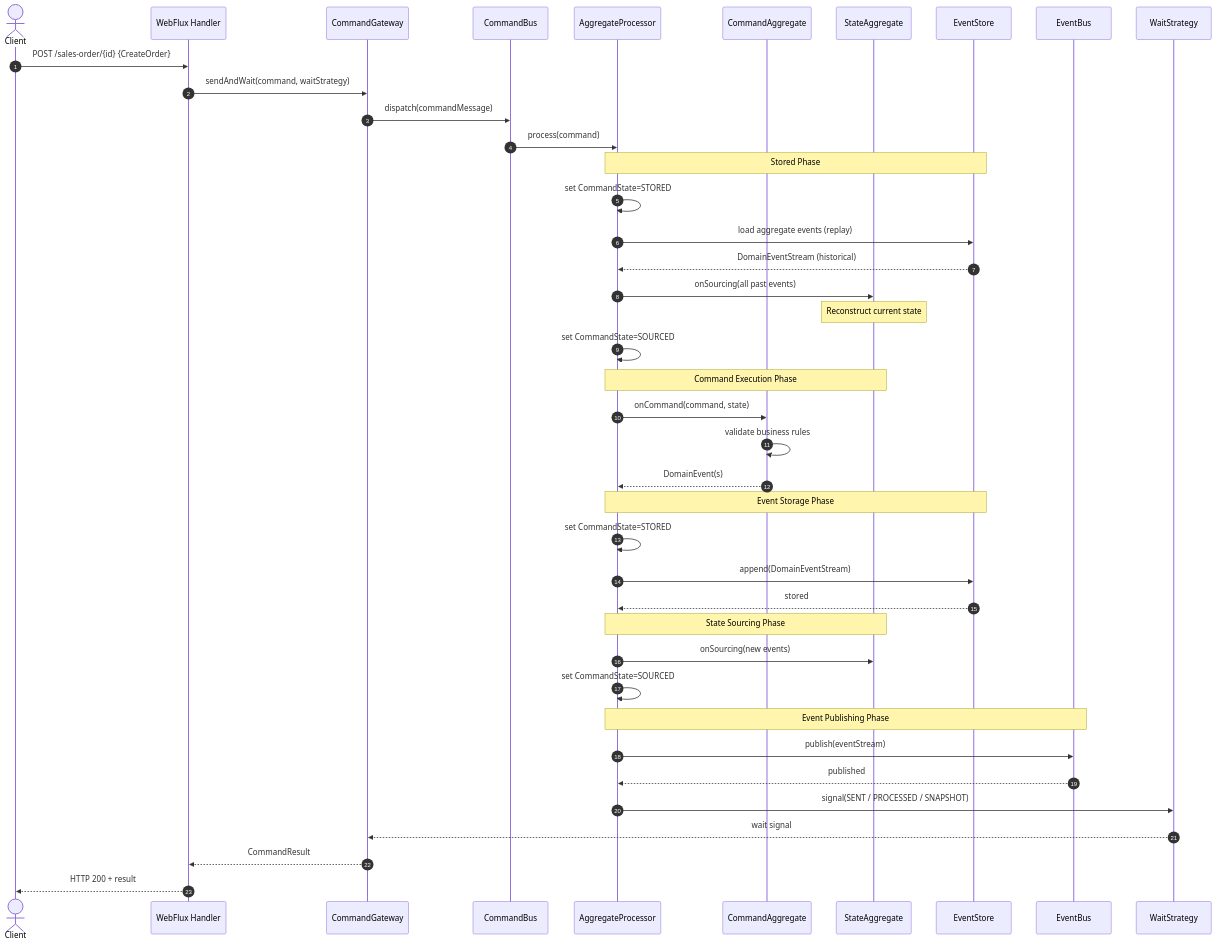
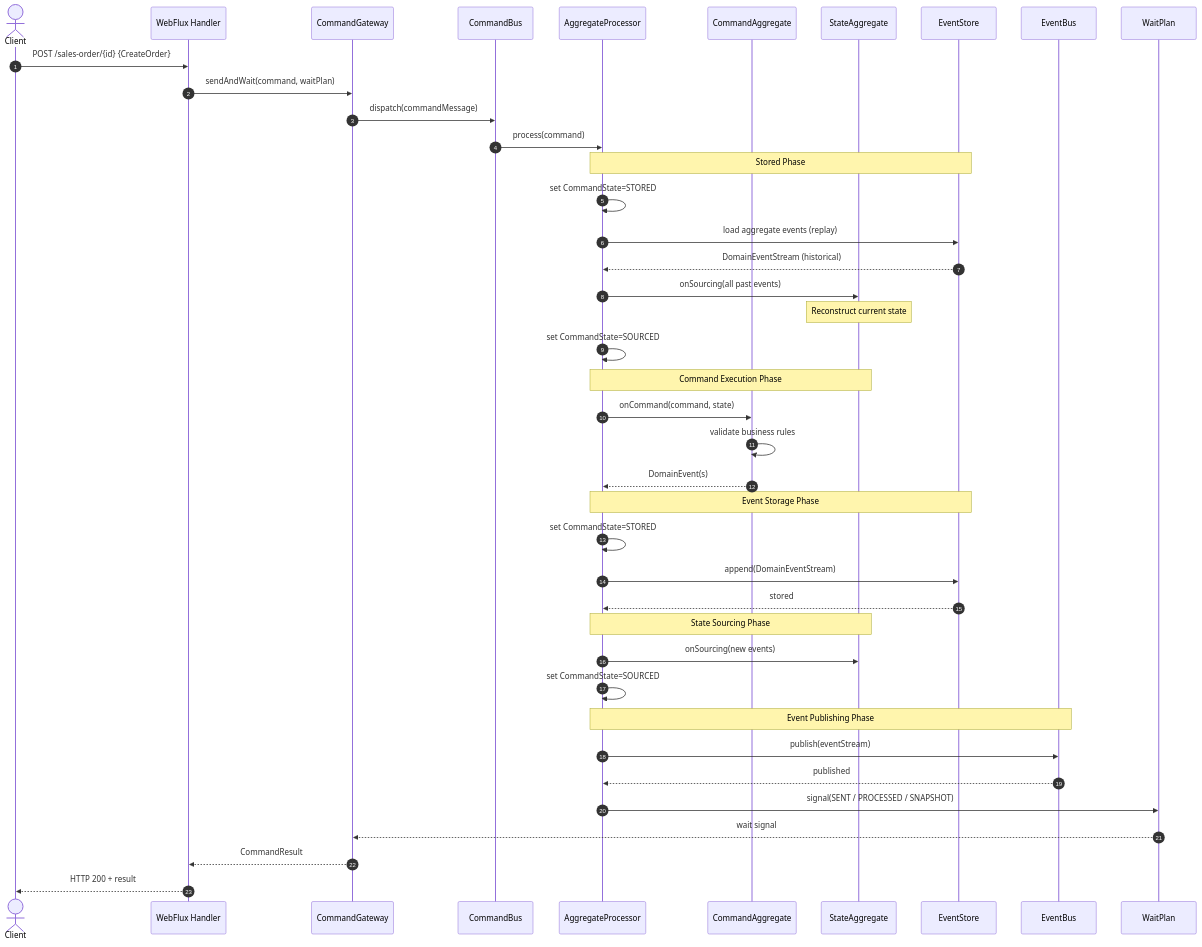
One commit to Ahoo-Wang/Wow changed the seventh of 9 diagrams in documentation/docs/en/onboarding/contributor-guide.md. Above: the diagram before and after it, drawn with Mermaid. The commit also changed other lines of this file and 128 other files, not shown here.

Commit message:
feat(core): remove wait strategy runtime

````diff
--- a/documentation/docs/en/onboarding/contributor-guide.md
+++ b/documentation/docs/en/onboarding/contributor-guide.md
@@ -458,50 +458,50 @@
 ```mermaid
 sequenceDiagram
     autonumber
     actor Client
     participant WF as WebFlux Handler
     participant GW as CommandGateway
     participant CB as CommandBus
     participant AP as AggregateProcessor
     participant CAGG as CommandAggregate
     participant SAGG as StateAggregate
     participant ES as EventStore
     participant EB as EventBus
-    participant WS as WaitStrategy
+    participant WS as WaitPlan
 
     Client->>WF: POST /sales-order/{id} {CreateOrder}
-    WF->>GW: sendAndWait(command, waitStrategy)
+    WF->>GW: sendAndWait(command, waitPlan)
     GW->>CB: dispatch(commandMessage)
     CB->>AP: process(command)
 
     Note over AP,ES: Stored Phase
     AP->>AP: set CommandState=STORED
     AP->>ES: load aggregate events (replay)
     ES-->>AP: DomainEventStream (historical)
     AP->>SAGG: onSourcing(all past events)
     Note over SAGG: Reconstruct current state
     AP->>AP: set CommandState=SOURCED
 
     Note over AP,SAGG: Command Execution Phase
     AP->>CAGG: onCommand(command, state)
     CAGG->>CAGG: validate business rules
     CAGG-->>AP: DomainEvent(s)
 
     Note over AP,ES: Event Storage Phase
     AP->>AP: set CommandState=STORED
     AP->>ES: append(DomainEventStream)
     ES-->>AP: stored
 
     Note over AP,SAGG: State Sourcing Phase
     AP->>SAGG: onSourcing(new events)
     AP->>AP: set CommandState=SOURCED
 
     Note over AP,EB: Event Publishing Phase
     AP->>EB: publish(eventStream)
     EB-->>AP: published
 
     AP->>WS: signal(SENT / PROCESSED / SNAPSHOT)
     WS-->>GW: wait signal
     GW-->>WF: CommandResult
     WF-->>Client: HTTP 200 + result
 ```
````
